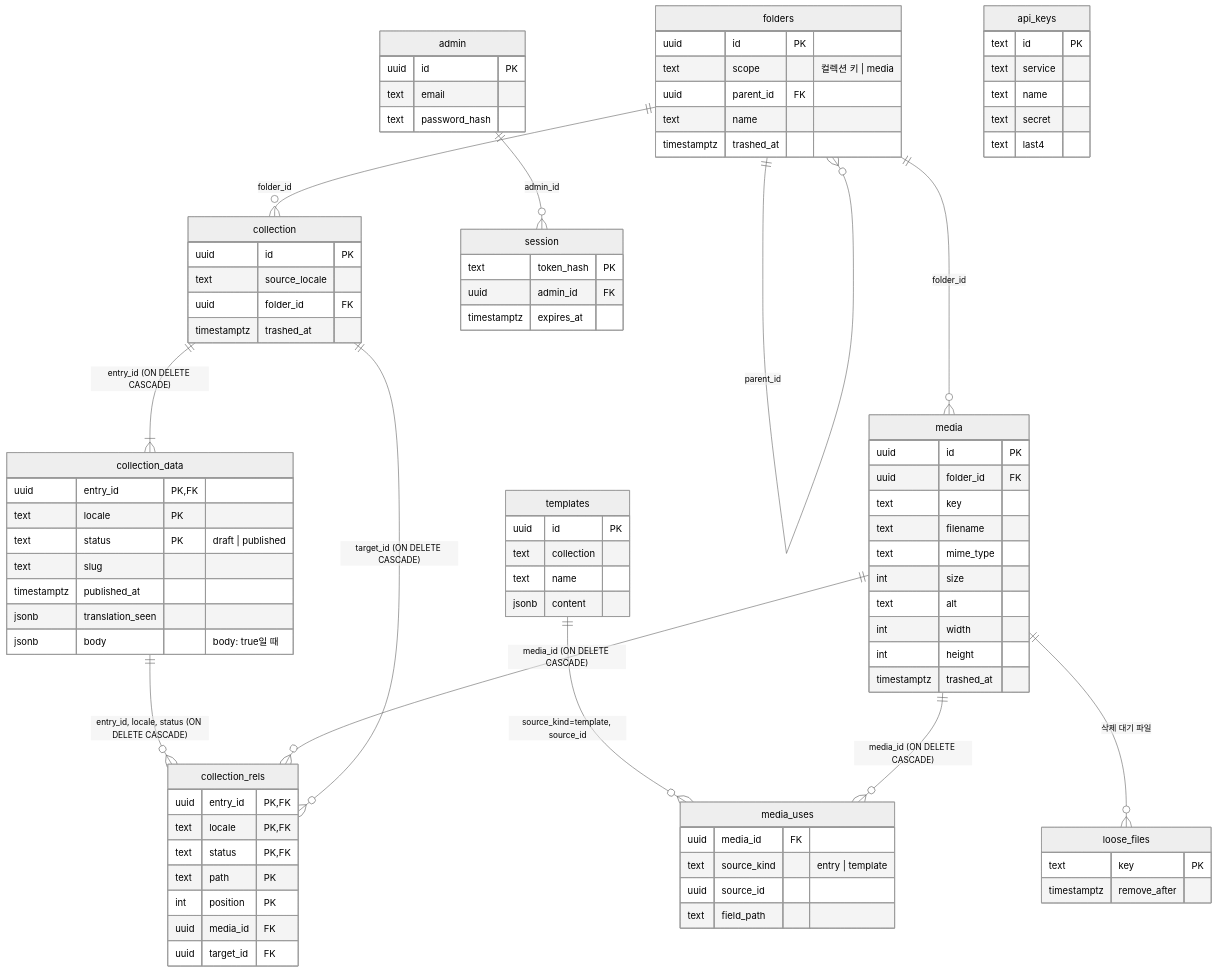
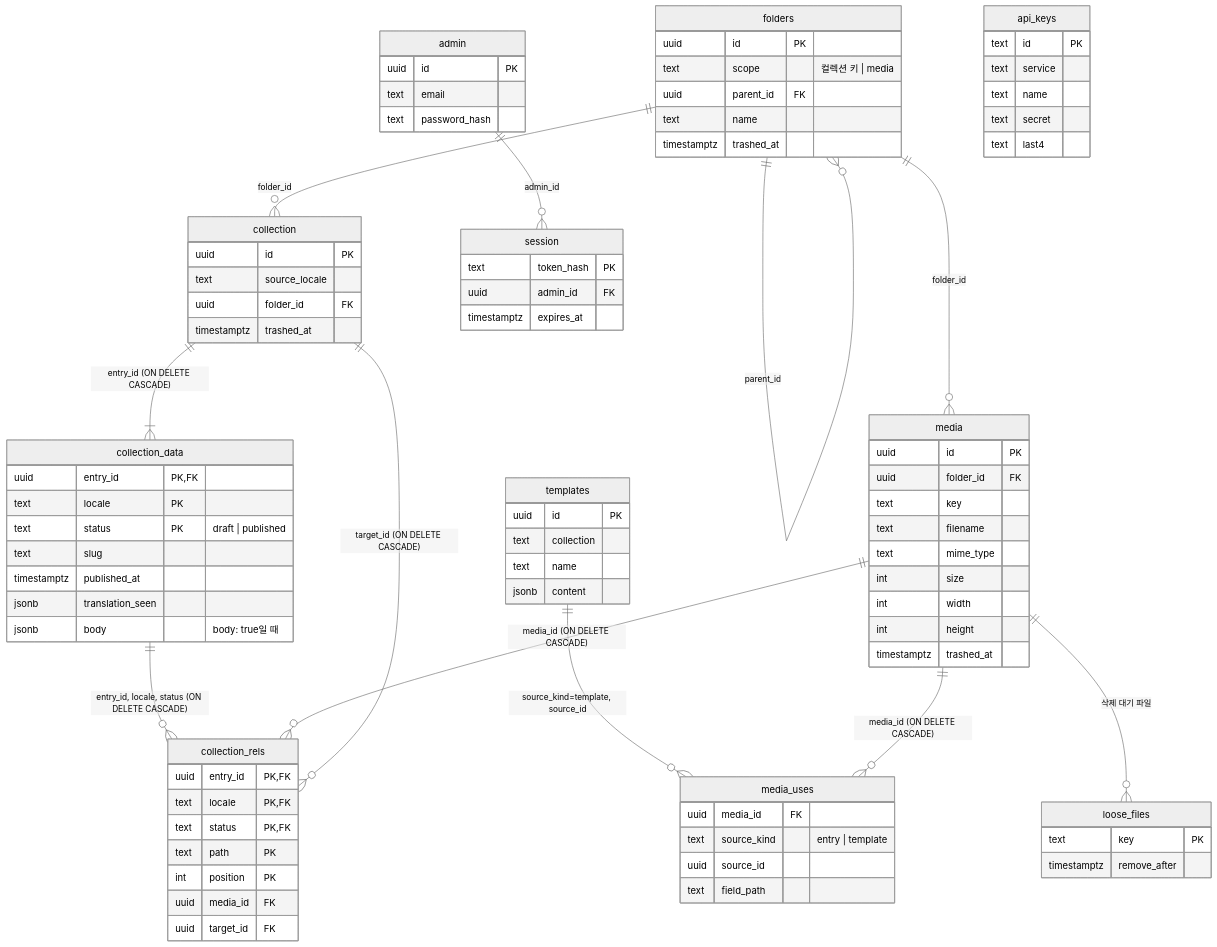
The second of 2 diagrams in docs/refactor/core.md (monti-cms/monti), drawn with Mermaid (neutral theme) before and after one commit. The commit also changed other lines of this file and 2 other files, not shown here.

```diff
--- a/docs/refactor/core.md
+++ b/docs/refactor/core.md
@@ -261,7 +261,6 @@
     text filename
     text mime_type
     int size
-    text alt
     int width
     int height
     timestamptz trashed_at
```
